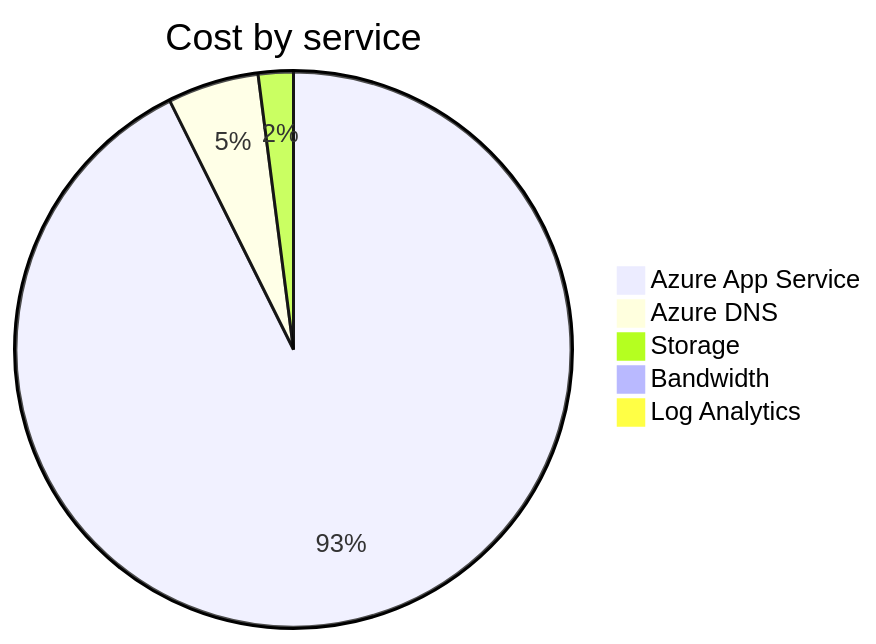
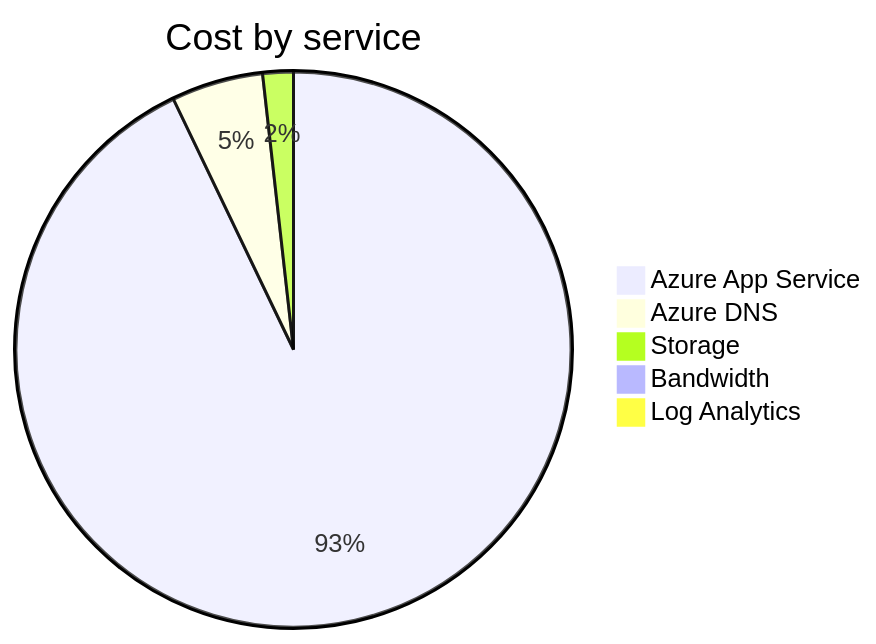
The second of 4 diagrams in cost-reports/accumulated-cost.md (jpfulton/azure-personal-reports), drawn with Mermaid before and after one commit. The commit also changed other lines of this file and 4 other files, not shown here.

````diff
--- a/cost-reports/accumulated-cost.md
+++ b/cost-reports/accumulated-cost.md
@@ -97,9 +97,9 @@
 ```mermaid
 pie
    title Cost by service
-   "Azure App Service" : 2.27
-   "Azure DNS" : 0.13
+   "Azure App Service" : 2.61
+   "Azure DNS" : 0.15
    "Storage" : 0.05
    "Bandwidth" : 0.00
    "Log Analytics" : 0.00
 ```
````
